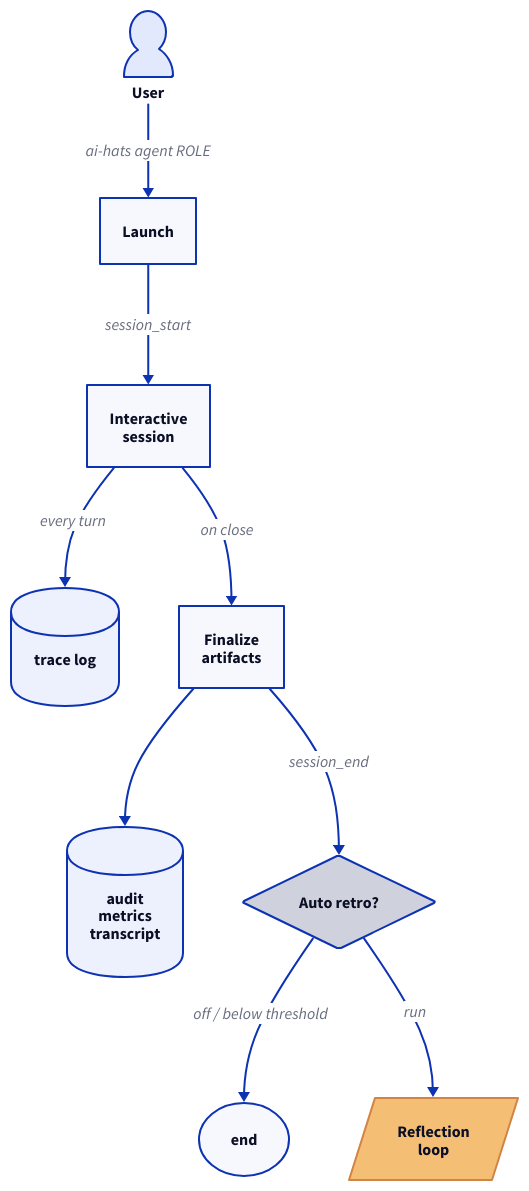
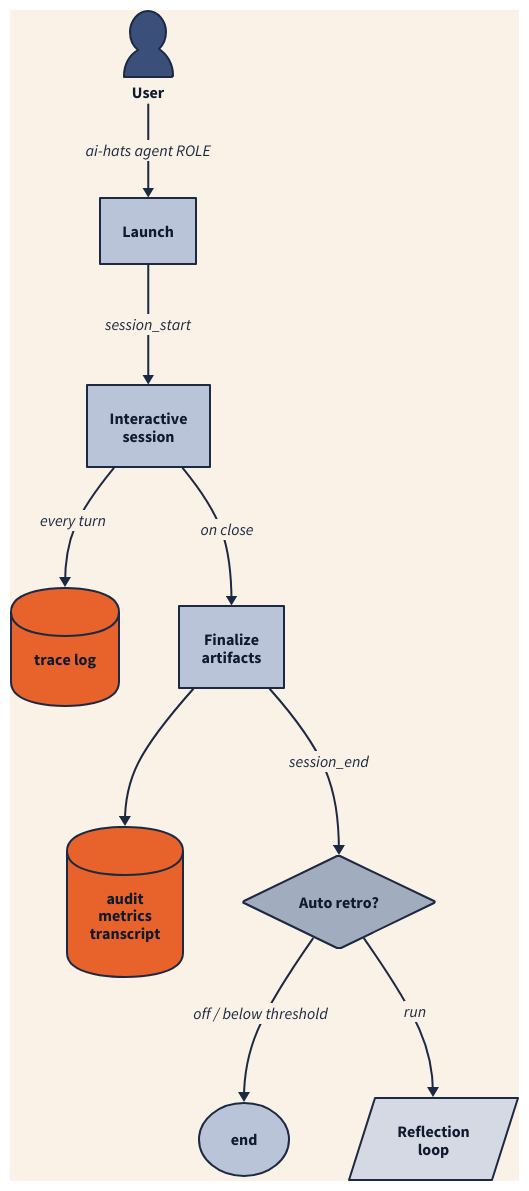
Before and after one commit to muratovv/ai-hats: the diagram in docs/assets/diagrams/session-lifecycle.d2, drawn with D2. The commit also changed 3 other files, not shown here.

First line of the commit message:
docs(architecture): finalize session-lifecycle in brand-light palette (HATS-348)

```diff
--- a/docs/assets/diagrams/session-lifecycle.d2
+++ b/docs/assets/diagrams/session-lifecycle.d2
@@ -1,24 +1,46 @@
+vars: {
+  d2-config: {
+    theme-id: 0
+    theme-overrides: {
+      N1: "#0f1a2e"
+      N2: "#1c2942"
+      N3: "#3a4868"
+      N4: "#a2acbf"
+      N5: "#d4d9e4"
+      N6: "#ebeef4"
+      N7: "#faf2e6"
+      B1: "#1c2942"
+      B2: "#2a3a5c"
+      B3: "#3a4f7a"
+      B4: "#5a6f9a"
+      B5: "#8a9abc"
+      B6: "#bac4d8"
+      AA2: "#fcd8c2"
+      AA4: "#e8632b"
+      AA5: "#b54818"
+      AB4: "#f5e8d0"
+      AB5: "#c9bba0"
+    }
+  }
+}
+
 direction: down
 
 user: User {shape: person}
 launch: Launch
 interactive: Interactive\nsession
 trace: trace log {shape: cylinder}
 finalize: Finalize\nartifacts
 artifacts: audit\nmetrics\ntranscript {shape: cylinder}
 retro: Auto retro? {shape: diamond}
 done: end {shape: oval}
 bridge: Reflection\nloop {shape: parallelogram}
 
 user -> launch: ai-hats agent ROLE
 launch -> interactive: session_start
 interactive -> trace: every turn
 interactive -> finalize: on close
 finalize -> artifacts
 finalize -> retro: session_end
 retro -> done: off / below threshold
 retro -> bridge: run
-
-bridge.style.fill: "#f4bf75"
-bridge.style.stroke: "#d28445"
-bridge.style.bold: true
```
